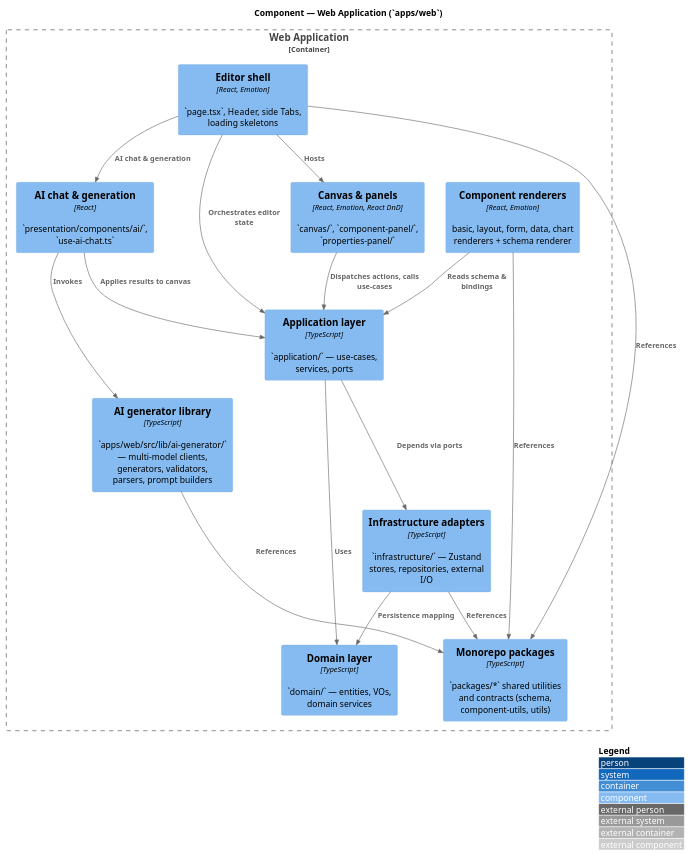
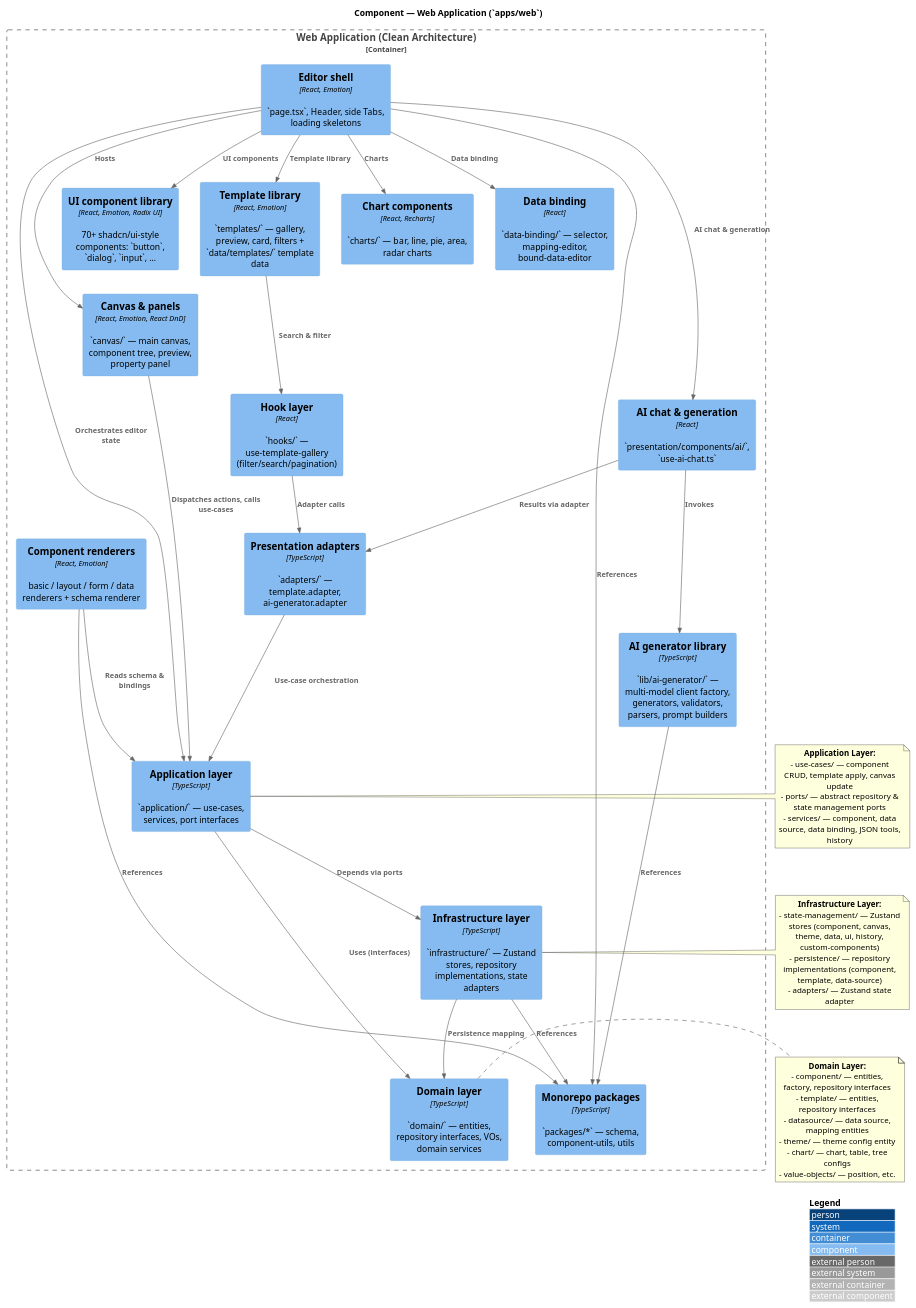
The diagram in docs/en/architecture/c4/c4-component.puml (felixzhu97/low-code-platform), drawn with PlantUML before and after one commit. The commit also changed 43 other files, not shown here.

First line of the commit message:
refactor: split templates.ts into category files + update architecture docs

```diff
--- a/docs/en/architecture/c4/c4-component.puml
+++ b/docs/en/architecture/c4/c4-component.puml
@@ -1,35 +1,72 @@
 @startuml c4-component-web-felix-low-code
 !include https://raw.githubusercontent.com/plantuml-stdlib/C4-PlantUML/master/C4_Component.puml
 
 LAYOUT_WITH_LEGEND()
 
 title Component — Web Application (`apps/web`)
 
-Container_Boundary(web, "Web Application") {
+Container_Boundary(web, "Web Application (Clean Architecture)") {
     Component(shell, "Editor shell", "React, Emotion", "`page.tsx`, Header, side Tabs, loading skeletons")
-    Component(canvas, "Canvas & panels", "React, Emotion, React DnD", "`canvas/`, `component-panel/`, `properties-panel/`")
-    Component(renderers, "Component renderers", "React, Emotion", "basic, layout, form, data, chart renderers + schema renderer")
+    Component(canvas, "Canvas & panels", "React, Emotion, React DnD", "`canvas/` — main canvas, component tree, preview, property panel")
+    Component(renderers, "Component renderers", "React, Emotion", "basic / layout / form / data renderers + schema renderer")
+    Component(ui, "UI component library", "React, Emotion, Radix UI", "70+ shadcn/ui-style components: `button`, `dialog`, `input`, …")
+    Component(templates, "Template library", "React, Emotion", "`templates/` — gallery, preview, card, filters + `data/templates/` template data")
+    Component(charts, "Chart components", "React, Recharts", "`charts/` — bar, line, pie, area, radar charts")
+    Component(data_binding, "Data binding", "React", "`data-binding/` — selector, mapping-editor, bound-data-editor")
     Component(ai, "AI chat & generation", "React", "`presentation/components/ai/`, `use-ai-chat.ts`")
-    Component(app, "Application layer", "TypeScript", "`application/` — use-cases, services, ports")
-    Component(domain, "Domain layer", "TypeScript", "`domain/` — entities, VOs, domain services")
-    Component(infra, "Infrastructure adapters", "TypeScript", "`infrastructure/` — Zustand stores, repositories, external I/O")
-    Component(packages, "Monorepo packages", "TypeScript", "`packages/*` shared utilities and contracts (schema, component-utils, utils)")
-    Component(lib_ai, "AI generator library", "TypeScript", "`apps/web/src/lib/ai-generator/` — multi-model clients, generators, validators, parsers, prompt builders")
+    Component(hooks, "Hook layer", "React", "`hooks/` — use-template-gallery (filter/search/pagination)")
+    Component(adapters, "Presentation adapters", "TypeScript", "`adapters/` — template.adapter, ai-generator.adapter")
+    Component(app, "Application layer", "TypeScript", "`application/` — use-cases, services, port interfaces")
+    Component(domain, "Domain layer", "TypeScript", "`domain/` — entities, repository interfaces, VOs, domain services")
+    Component(infra, "Infrastructure layer", "TypeScript", "`infrastructure/` — Zustand stores, repository implementations, state adapters")
+    Component(packages, "Monorepo packages", "TypeScript", "`packages/*` — schema, component-utils, utils")
+    Component(lib_ai, "AI generator library", "TypeScript", "`lib/ai-generator/` — multi-model client factory, generators, validators, parsers, prompt builders")
 }
 
 Rel(shell, canvas, "Hosts")
 Rel(canvas, app, "Dispatches actions, calls use-cases")
+Rel(shell, templates, "Template library")
+Rel(templates, hooks, "Search & filter")
+Rel(hooks, adapters, "Adapter calls")
+Rel(shell, charts, "Charts")
+Rel(shell, data_binding, "Data binding")
 Rel(shell, ai, "AI chat & generation")
-Rel(ai, app, "Applies results to canvas")
+Rel(ai, adapters, "Results via adapter")
 Rel(ai, lib_ai, "Invokes")
+Rel(adapters, app, "Use-case orchestration")
 Rel(renderers, app, "Reads schema & bindings")
+Rel(shell, ui, "UI components")
 Rel(shell, app, "Orchestrates editor state")
-Rel(app, domain, "Uses")
+Rel(app, domain, "Uses (interfaces)")
 Rel(app, infra, "Depends via ports")
 Rel(infra, domain, "Persistence mapping")
 Rel(infra, packages, "References")
 Rel(shell, packages, "References")
 Rel(renderers, packages, "References")
 Rel(lib_ai, packages, "References")
 
+note right of app
+  **Application Layer:**
+  - use-cases/ — component CRUD, template apply, canvas update
+  - ports/ — abstract repository & state management ports
+  - services/ — component, data source, data binding, JSON tools, history
+end note
+
+note right of domain
+  **Domain Layer:**
+  - component/ — entities, factory, repository interfaces
+  - template/ — entities, repository interfaces
+  - datasource/ — data source, mapping entities
+  - theme/ — theme config entity
+  - chart/ — chart, table, tree configs
+  - value-objects/ — position, etc.
+end note
+
+note right of infra
+  **Infrastructure Layer:**
+  - state-management/ — Zustand stores (component, canvas, theme, data, ui, history, custom-components)
+  - persistence/ — repository implementations (component, template, data-source)
+  - adapters/ — Zustand state adapter
+end note
+
 @enduml
```
